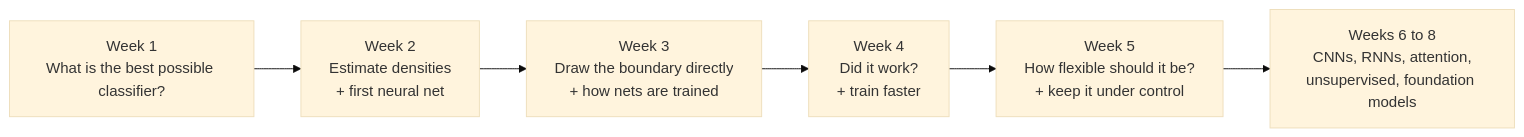
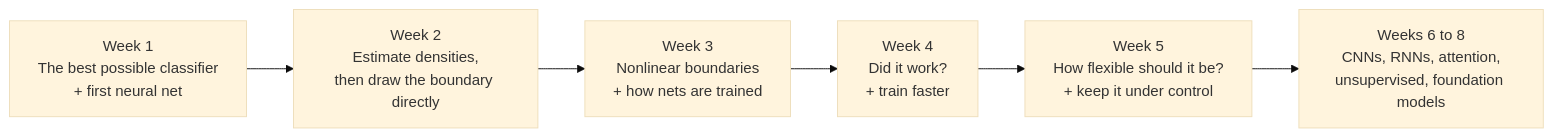
Before and after one commit to ConductiveChimichanga/DSAIT-vault: the diagram in MDL (Machine and Deep Learning)/MDL Course walkthrough.md, drawn with Mermaid (base theme). The commit also changed other lines of this file and 10 other files, not shown here.

````diff
--- a/MDL (Machine and Deep Learning)/MDL Course walkthrough.md
+++ b/MDL (Machine and Deep Learning)/MDL Course walkthrough.md
@@ -14,8 +14,8 @@
 ```mermaid
 flowchart LR
-    W1["Week 1<br>What is the best possible classifier?"] --> W2["Week 2<br>Estimate densities<br>+ first neural net"]
-    W2 --> W3["Week 3<br>Draw the boundary directly<br>+ how nets are trained"]
+    W1["Week 1<br>The best possible classifier<br>+ first neural net"] --> W2["Week 2<br>Estimate densities,<br>then draw the boundary directly"]
+    W2 --> W3["Week 3<br>Nonlinear boundaries<br>+ how nets are trained"]
     W3 --> W4["Week 4<br>Did it work?<br>+ train faster"]
     W4 --> W5["Week 5<br>How flexible should it be?<br>+ keep it under control"]
     W5 --> W6["Weeks 6 to 8<br>CNNs, RNNs, attention,<br>unsupervised, foundation models"]
 ```
````
